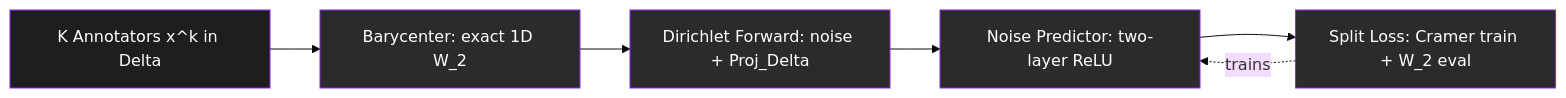
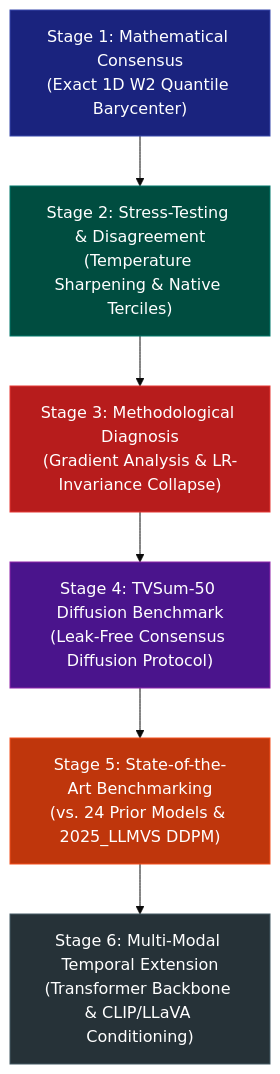
Before and after one commit to itsmilindsahu/IIITK_Wasserstien-Annotation: the diagram in README.md, drawn with Mermaid (base theme). The commit also changed other lines of this file and 4 other files, not shown here.

Commit message:
Enhance README with research-focused formulations, SOTA tables, and animated diffusion & barycenter GIFs

````diff
--- a/README.md
+++ b/README.md
@@ -146,14 +219,15 @@
 ```mermaid
-flowchart LR
-    A["K Annotators x^k in Delta"] --> B["Barycenter: exact 1D W_2"]
-    B --> C["Dirichlet Forward: noise + Proj_Delta"]
-    C --> D["Noise Predictor: two-layer ReLU"]
-    D --> E["Split Loss: Cramer train + W_2 eval"]
-    E -.trains.-> D
+flowchart TD
+    S1["Stage 1: Mathematical Consensus\n(Exact 1D W2 Quantile Barycenter)"] --> S2["Stage 2: Stress-Testing & Disagreement\n(Temperature Sharpening & Native Terciles)"]
+    S2 --> S3["Stage 3: Methodological Diagnosis\n(Gradient Analysis & LR-Invariance Collapse)"]
+    S3 --> S4["Stage 4: TVSum-50 Diffusion Benchmark\n(Leak-Free Consensus Diffusion Protocol)"]
+    S4 --> S5["Stage 5: State-of-the-Art Benchmarking\n(vs. 24 Prior Models & 2025_LLMVS DDPM)"]
+    S5 --> S6["Stage 6: Multi-Modal Temporal Extension\n(Transformer Backbone & CLIP/LLaVA Conditioning)"]
 
-    style A fill:#1e1e1e,color:#fff,stroke:#8a2be2
-    style B fill:#2b2b2b,color:#fff,stroke:#8a2be2
-    style C fill:#2b2b2b,color:#fff,stroke:#8a2be2
-    style D fill:#2b2b2b,color:#fff,stroke:#8a2be2
-    style E fill:#2b2b2b,color:#fff,stroke:#8a2be2
+    style S1 fill:#1a237e,color:#fff,stroke:#3949ab
+    style S2 fill:#004d40,color:#fff,stroke:#00796b
+    style S3 fill:#b71c1c,color:#fff,stroke:#e53935
+    style S4 fill:#4a148c,color:#fff,stroke:#8e24aa
+    style S5 fill:#bf360c,color:#fff,stroke:#f4511e
+    style S6 fill:#263238,color:#fff,stroke:#455a64
 ```
````
